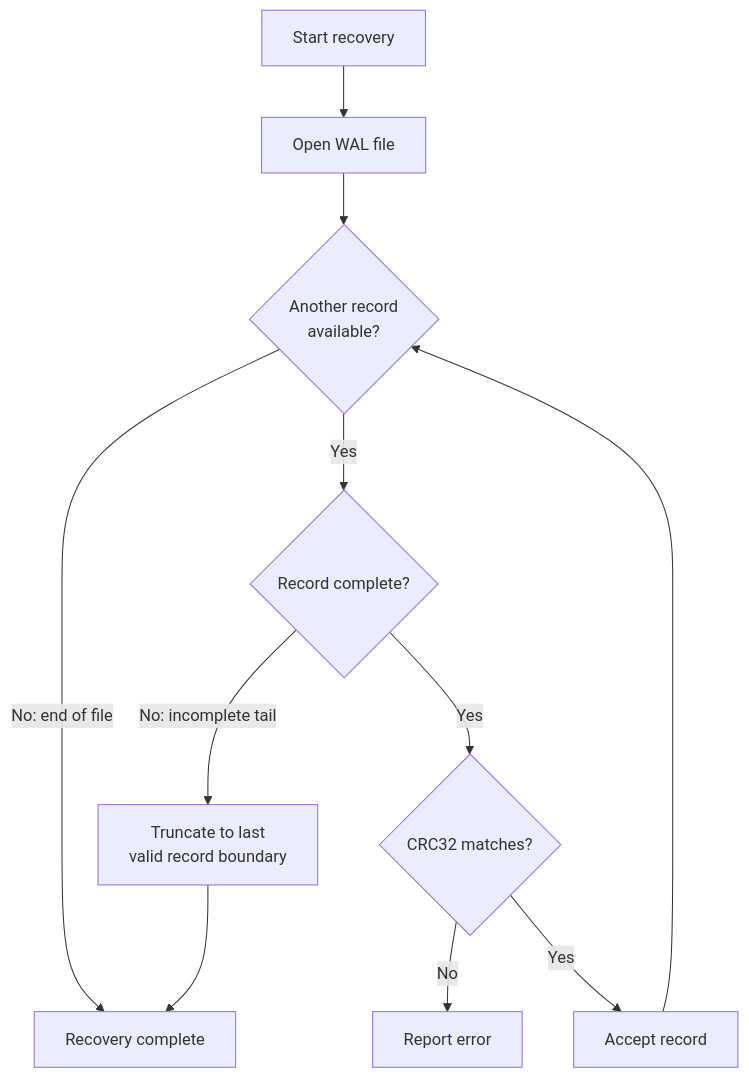
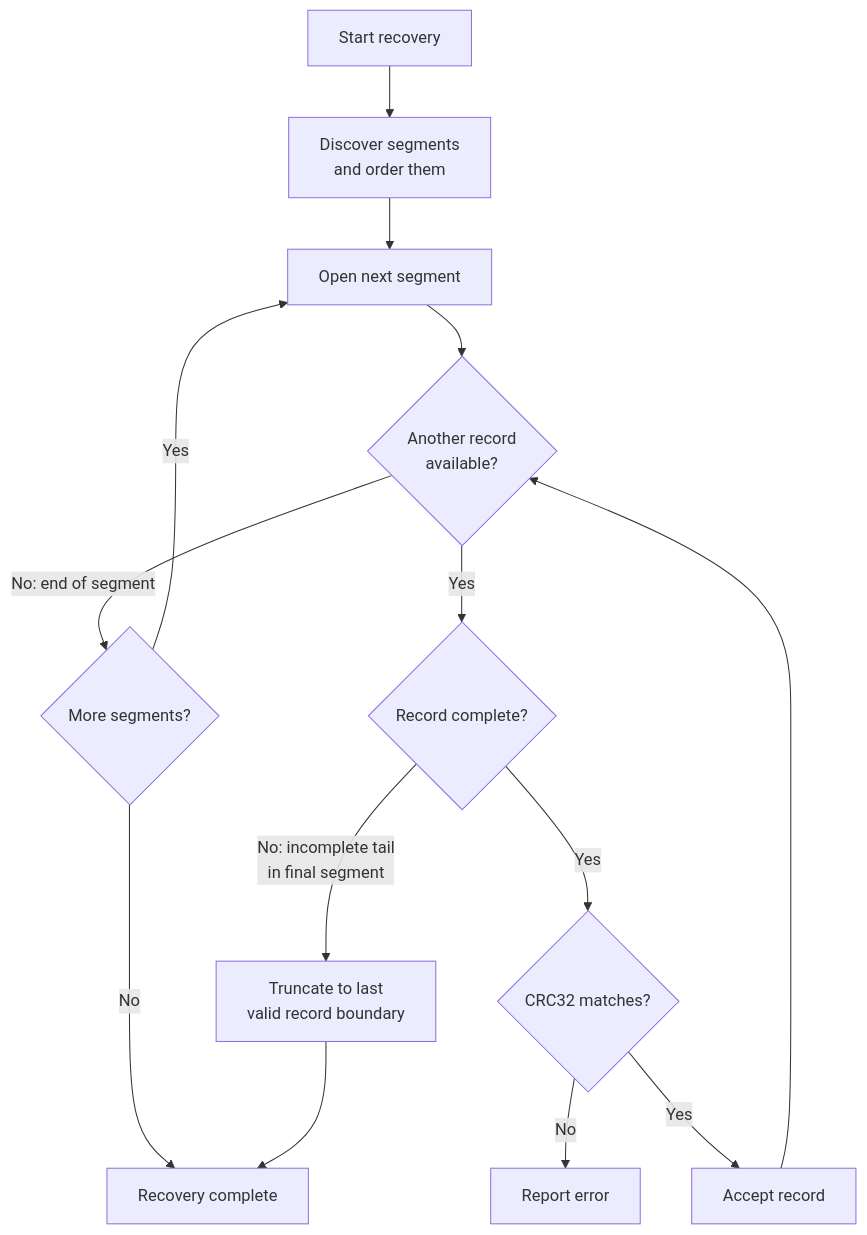
Before and after one commit to PratyushVishal11011/Fairgate: the eighth of 14 diagrams in README.md, drawn with Mermaid. The commit also changed other lines of this file, not shown here.

Commit message:
feat(wal): add group commit with segmented WAL

````diff
--- a/README.md
+++ b/README.md
@@ -309,13 +358,16 @@
 ```mermaid
 flowchart TD
-    A["Start recovery"] --> B["Open WAL file"]
-    B --> C{"Another record<br/>available?"}
-    C -->|"No: end of file"| H["Recovery complete"]
+    A["Start recovery"] --> B["Discover segments<br/>and order them"]
+    B --> B2["Open next segment"]
+    B2 --> C{"Another record<br/>available?"}
+    C -->|"No: end of segment"| L{"More segments?"}
+    L -->|"Yes"| B2
+    L -->|"No"| H["Recovery complete"]
     C -->|"Yes"| D{"Record complete?"}
-    D -->|"No: incomplete tail"| E["Truncate to last<br/>valid record boundary"]
+    D -->|"No: incomplete tail<br/>in final segment"| E["Truncate to last<br/>valid record boundary"]
     E --> H
     D -->|"Yes"| F{"CRC32 matches?"}
     F -->|"No"| G["Report error"]
     F -->|"Yes"| I["Accept record"]
     I --> C
 ```
````
